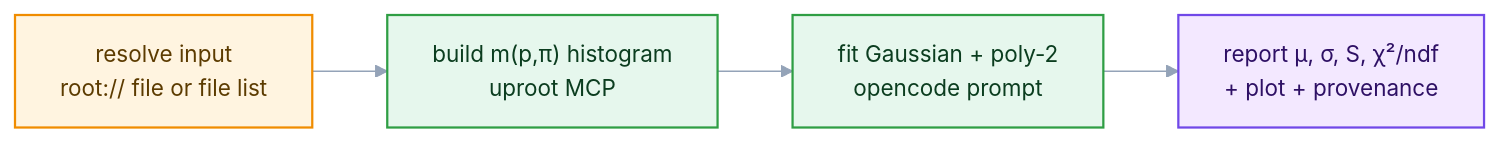
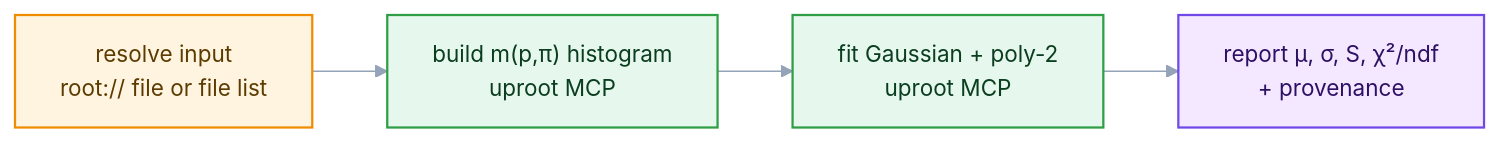
The diagram in 05-end-to-end-agents.md (eic/tutorial-mcp), drawn with Mermaid before and after one commit. The commit also changed other lines of this file and 9 other files, not shown here.

````diff
--- a/05-end-to-end-agents.md
+++ b/05-end-to-end-agents.md
@@ -84,12 +72,12 @@
 ```mermaid
 %%{init: {'theme':'base', 'themeVariables': {'fontSize':'15px','lineColor':'#94a3b8','edgeLabelBackground':'#e2e8f0','clusterBkg':'#1f293720','clusterBorder':'#94a3b8','titleColor':'#94a3b8'}}}%%
 flowchart LR
     accTitle: {End-to-end agent run}
     accDescr: {End-to-end agent run}
     A["resolve input<br/>root:// file or file list"]:::data --> B["build m(p,π) histogram<br/>uproot MCP"]:::tool
-    B --> C["fit Gaussian + poly-2<br/>opencode prompt"]:::tool
-    C --> D["report μ, σ, S, χ²/ndf<br/>+ plot + provenance"]:::out
+    B --> C["fit Gaussian + poly-2<br/>uproot MCP"]:::tool
+    C --> D["report μ, σ, S, χ²/ndf<br/>+ provenance"]:::out
     classDef data fill:#fff4e0,stroke:#f08c00,stroke-width:1.5px,color:#5c3b00;
     classDef tool fill:#e6f7ed,stroke:#2f9e44,stroke-width:1.5px,color:#0b3d1f;
     classDef out fill:#f3e8ff,stroke:#7048e8,stroke-width:1.5px,color:#2e1065;
 ```
````
